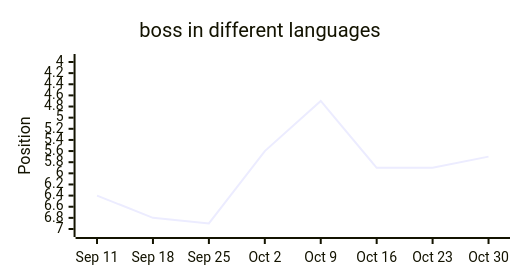
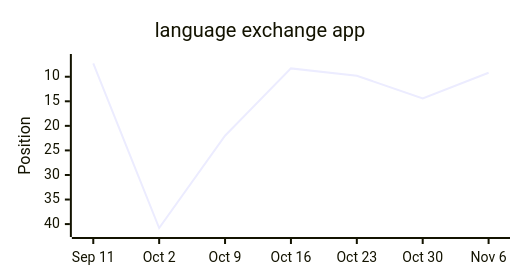
One commit to langx/website changed diagram 13 of 13 in latest.md. Above: the diagram before and after it, drawn with Mermaid. The commit also changed other lines of this file and 2 other files, not shown here.

````diff
--- a/latest.md
+++ b/latest.md
@@ -202,13 +202,13 @@
 ```mermaid
 ---
 config:
   xyChart:
     width: 500
     height: 260
 ---
 xychart-beta
-  title "boss in different languages"
-  x-axis ["Sep 11", "Sep 18", "Sep 25", "Oct 2", "Oct 9", "Oct 16", "Oct 23", "Oct 30"]
-  y-axis "Position" 7 --> 4
-  line [6.4, 6.8, 6.9, 5.6, 4.7, 5.9, 5.9, 5.7]
+  title "language exchange app"
+  x-axis ["Sep 11", "Oct 2", "Oct 9", "Oct 16", "Oct 23", "Oct 30", "Nov 6"]
+  y-axis "Position" 41 --> 7
+  line [7.3, 40.8, 22, 8.3, 9.8, 14.4, 9.2]
 ```
````
